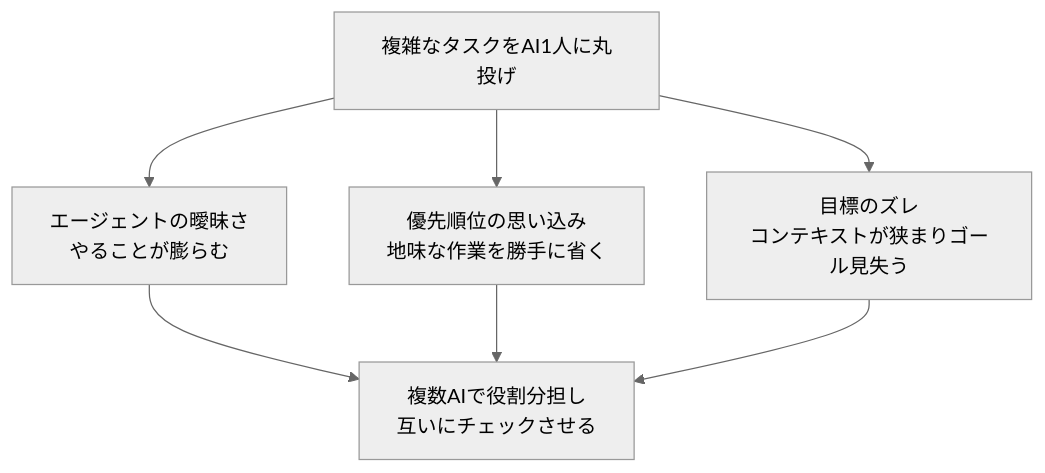
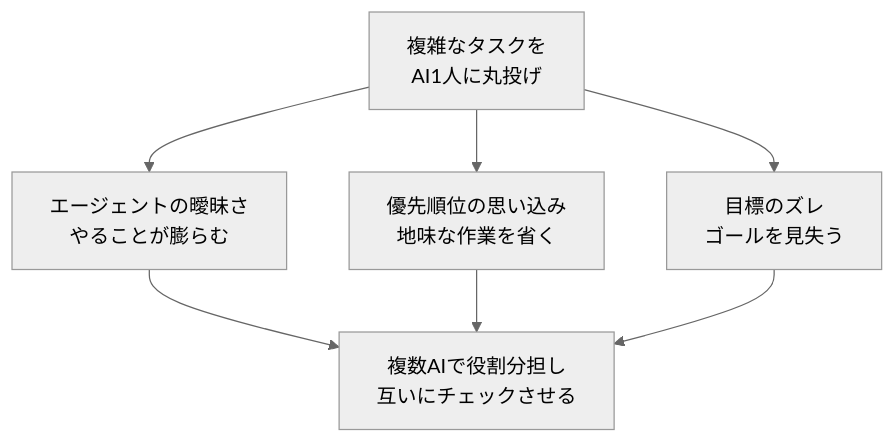
The first of 2 diagrams in docs/blog/posts/2026-07-15.md (newbee1939/knowledge-flow), drawn with Mermaid (neutral theme) before and after one commit. The commit also changed other lines of this file and 23 other files, not shown here.

First line of the commit message:
style: Mermaid 図を縦向きにして本文幅に収める

````diff
--- a/docs/blog/posts/2026-07-15.md
+++ b/docs/blog/posts/2026-07-15.md
@@ -23,9 +23,9 @@
 ```mermaid
 flowchart TB
-    A[複雑なタスクをAI1人に丸投げ] --> B[エージェントの曖昧さ<br/>やることが膨らむ]
-    A --> C[優先順位の思い込み<br/>地味な作業を勝手に省く]
-    A --> D[目標のズレ<br/>コンテキストが狭まりゴール見失う]
+    A[複雑なタスクを<br/>AI1人に丸投げ] --> B[エージェントの曖昧さ<br/>やることが膨らむ]
+    A --> C[優先順位の思い込み<br/>地味な作業を省く]
+    A --> D[目標のズレ<br/>ゴールを見失う]
     B --> E[複数AIで役割分担し<br/>互いにチェックさせる]
     C --> E
     D --> E
 ```
````
